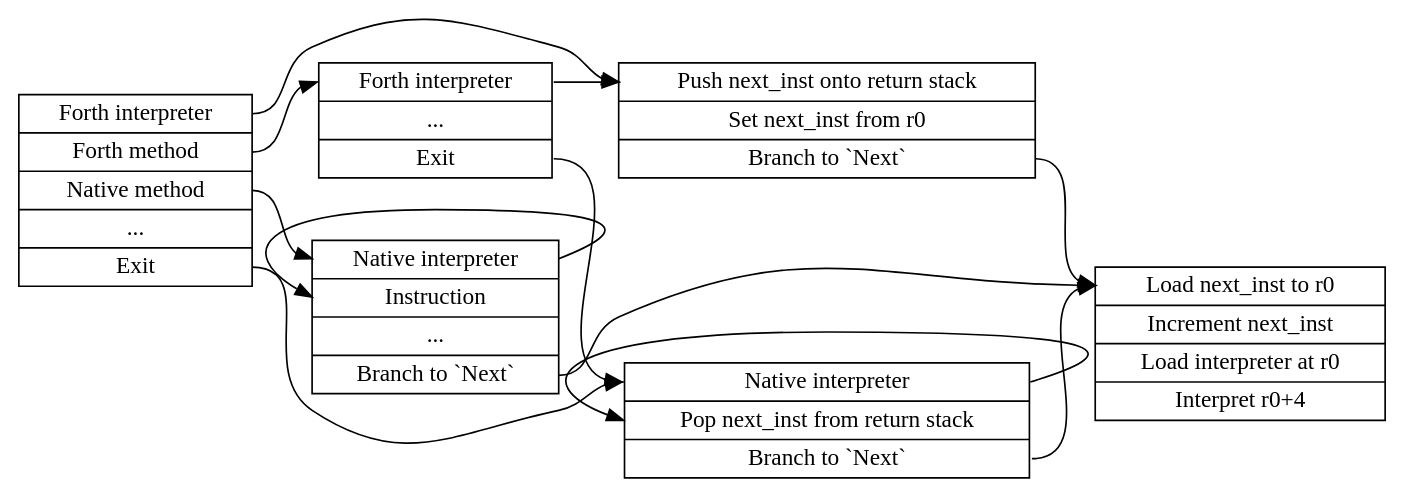
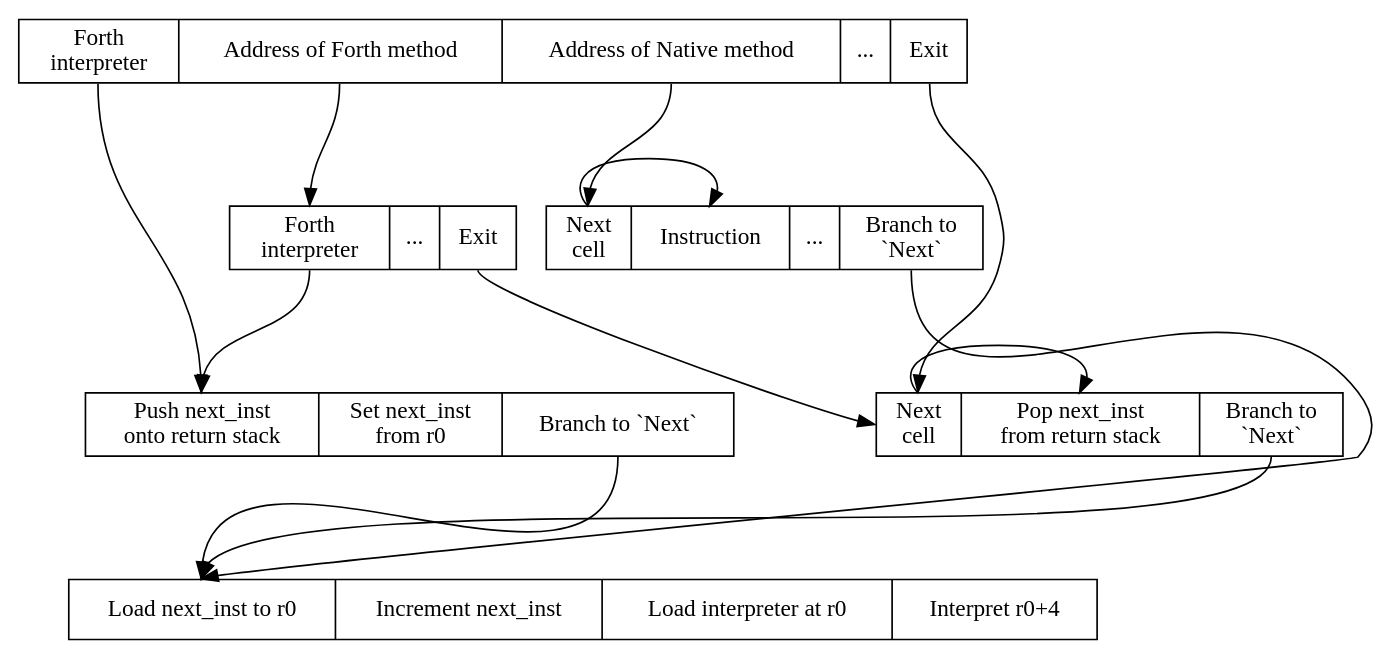
One commit to KoviRobi/simple-forth changed the first of 2 diagrams in pi-bootstrap.org. Above: the diagram before and after it, drawn with Graphviz. The commit also changed other lines of this file and 3 other files, not shown here.

```diff
--- a/pi-bootstrap.org
+++ b/pi-bootstrap.org
@@ -27,32 +31,33 @@
 #+BEGIN_SRC dot :file forth-jump-threaded-interpreter.png :cache yes
 digraph {
-  rankdir=LR;
+  rankdir=TB;
   node [shape="record"];
 
-  prog [label="<0> Forth interpreter | <1> Forth method | <2> Native method | ... | <n> Exit"];
+  prog [label="<0> Forth\ninterpreter | <1> Address of Forth method | <2> Address of Native method | ... | <n> Exit"];
 
-  interp [label="<0> Push next_inst onto return stack | <1> Set next_inst from r0 | <n> Branch to `Next`"];
+  interp [label="<0> Push next_inst\nonto return stack | <1> Set next_inst\nfrom r0 | <n> Branch to `Next`"];
 
-  subrA [label="<0> Forth interpreter | ... | <n> Exit"];
-  subrB [label="<0> Native interpreter | <1> Instruction | ... | <n> Branch to `Next`"];
-  subrExit [label="<0> Native interpreter | <1> Pop next_inst from return stack | <2> Branch to `Next`"];
+  subrA [label="<0> Forth\ninterpreter | ... | <n> Exit"];
+  subrB [label="<0> Next\ncell | <1> Instruction | ... | <n> Branch to\n`Next`"];
+  subrExit [label="<0> Next\ncell | <1> Pop next_inst\nfrom return stack | <2> Branch to\n`Next`"];
 
   next [label="<0> Load next_inst to r0 | Increment next_inst | Load interpreter at r0 | Interpret r0+4"];
 
   prog:0 -> interp:0;
-  subrA:0 -> interp:0;
+  subrA:0 -> interp:0 [minlen=2];
 
-  interp:n -> next:0;
+  interp:0:s -> next:0:n [color=white,minlen=2];
+  interp:n:s -> next:0:n [constraint=false];
 
-  prog:1 -> subrA:0;
-  prog:2 -> subrB:0;
-  prog:n -> subrExit:0;
+  prog:1 -> subrA:0:n [minlen=2];
+  prog:2 -> subrB:0:n [minlen=2];
+  prog:n:s -> subrExit:0;
 
-  subrA:n -> subrExit:0;
+  subrA:n:s -> subrExit:0 [minlen=2];
 
-  subrB:0:e -> subrB:1:w;
-  subrExit:0:e -> subrExit:1:w;
-  subrB:n -> next:0;
-  subrExit:2 -> next:0;
+  subrB:0:n -> subrB:1:n;
+  subrExit:0:n -> subrExit:1:n;
+  subrB:n:s -> next:0:n [constraint=false];
+  subrExit:2:s -> next:0:n [constraint=false];
 }
 #+END_SRC
```
